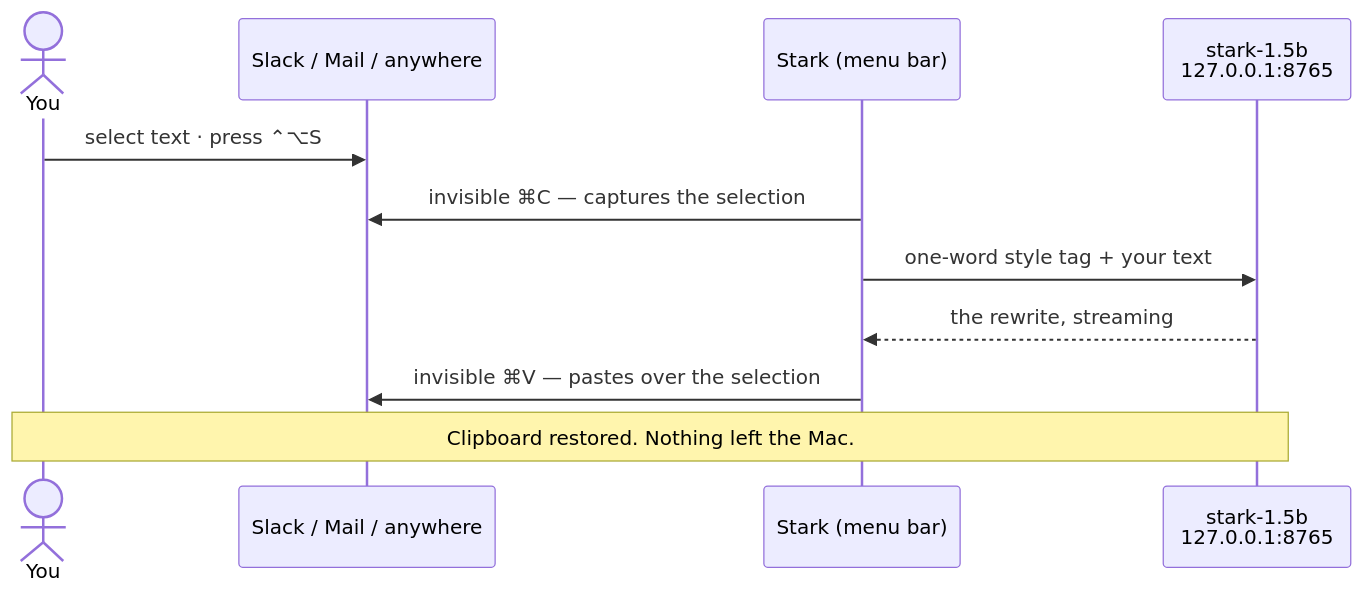
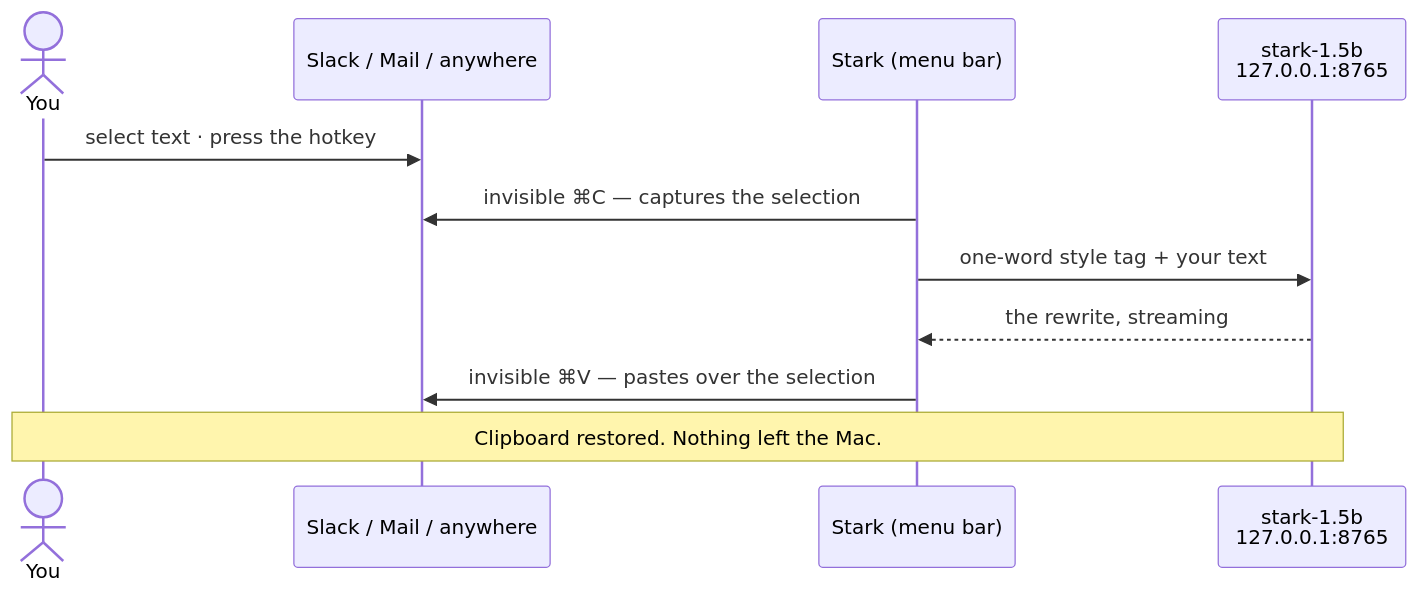
One commit to YoursSarcastically/stark changed the first of 2 diagrams in README.md. Above: the diagram before and after it, drawn with Mermaid. The commit also changed other lines of this file and 4 other files, not shown here.

First line of the commit message:
Fix global hotkey delivery; add Default Style picker, demo, roadmap

````diff
--- a/README.md
+++ b/README.md
@@ -44,14 +53,14 @@
 ```mermaid
 sequenceDiagram
     actor You
     participant App as Slack / Mail / anywhere
     participant Stark as Stark (menu bar)
     participant Model as stark-1.5b<br/>127.0.0.1:8765
 
-    You->>App: select text · press ⌃⌥S
+    You->>App: select text · press the hotkey
     Stark->>App: invisible ⌘C — captures the selection
     Stark->>Model: one-word style tag + your text
     Model-->>Stark: the rewrite, streaming
     Stark->>App: invisible ⌘V — pastes over the selection
     Note over You,Model: Clipboard restored. Nothing left the Mac.
 ```
````
